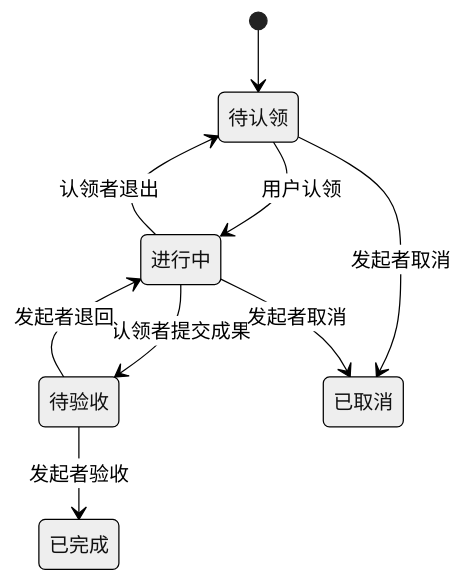
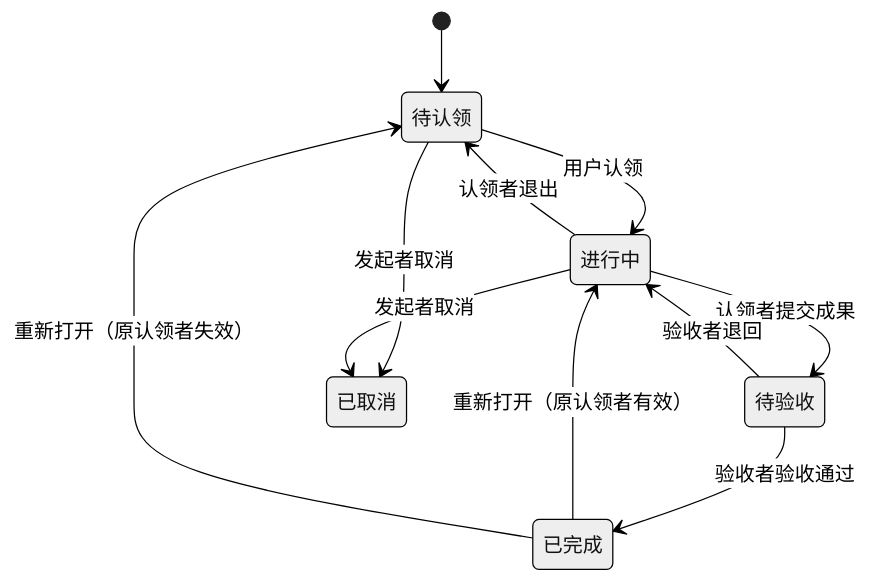
The diagram in PROJECT_STRUCTURE.md (5ext9fca/MyCollab), drawn with Mermaid (neutral theme) before and after one commit. The commit also changed other lines of this file and 21 other files, not shown here.

````diff
--- a/PROJECT_STRUCTURE.md
+++ b/PROJECT_STRUCTURE.md
@@ -78,17 +91,19 @@
 ```mermaid
 stateDiagram-v2
     state "待认领" as Open
     state "进行中" as Working
     state "待验收" as Submitted
     state "已完成" as Done
     state "已取消" as Cancelled
 
     [*] --> Open
     Open --> Working: 用户认领
     Working --> Open: 认领者退出
     Working --> Submitted: 认领者提交成果
-    Submitted --> Working: 发起者退回
-    Submitted --> Done: 发起者验收
+    Submitted --> Working: 验收者退回
+    Submitted --> Done: 验收者验收通过
+    Done --> Working: 重新打开（原认领者有效）
+    Done --> Open: 重新打开（原认领者失效）
     Open --> Cancelled: 发起者取消
     Working --> Cancelled: 发起者取消
 ```
````
